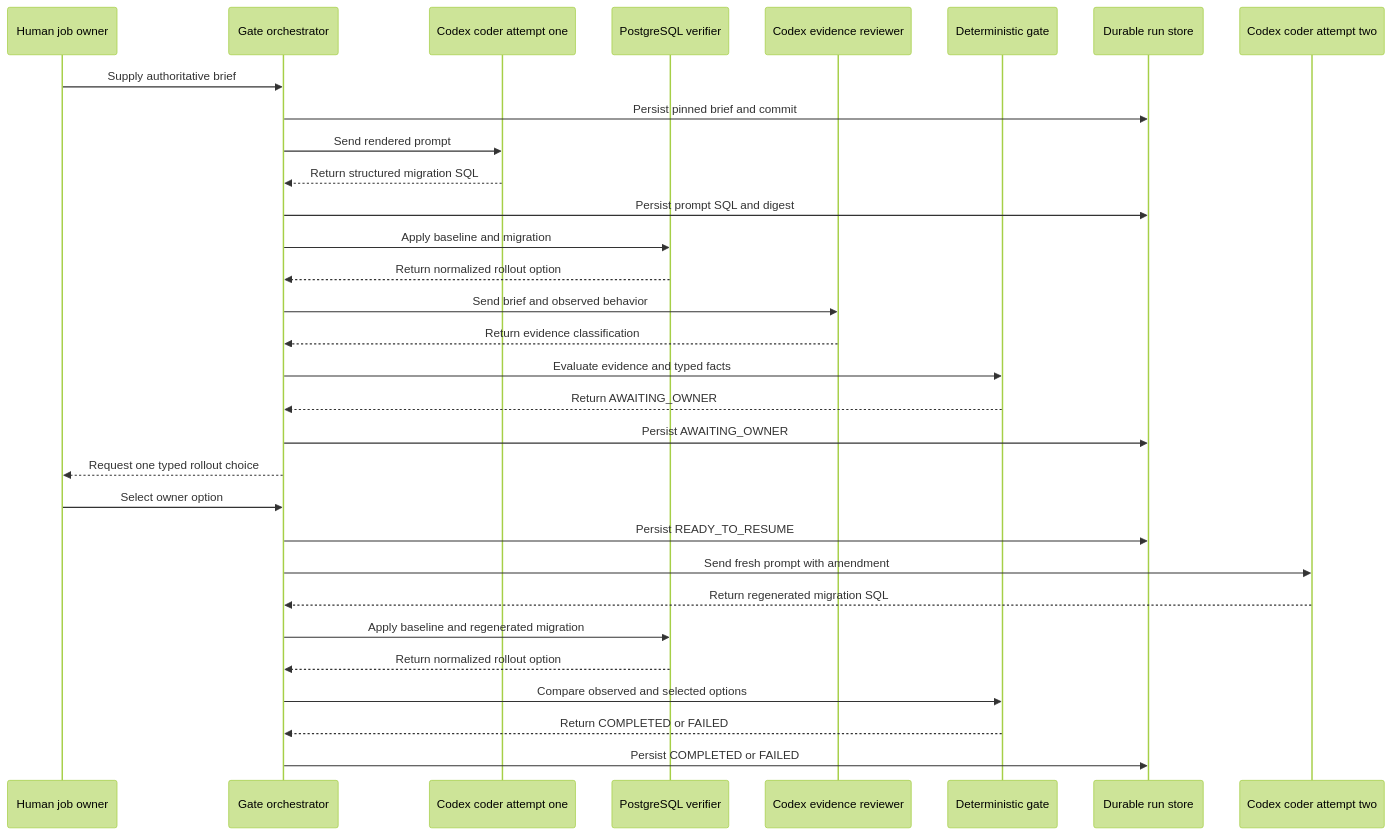
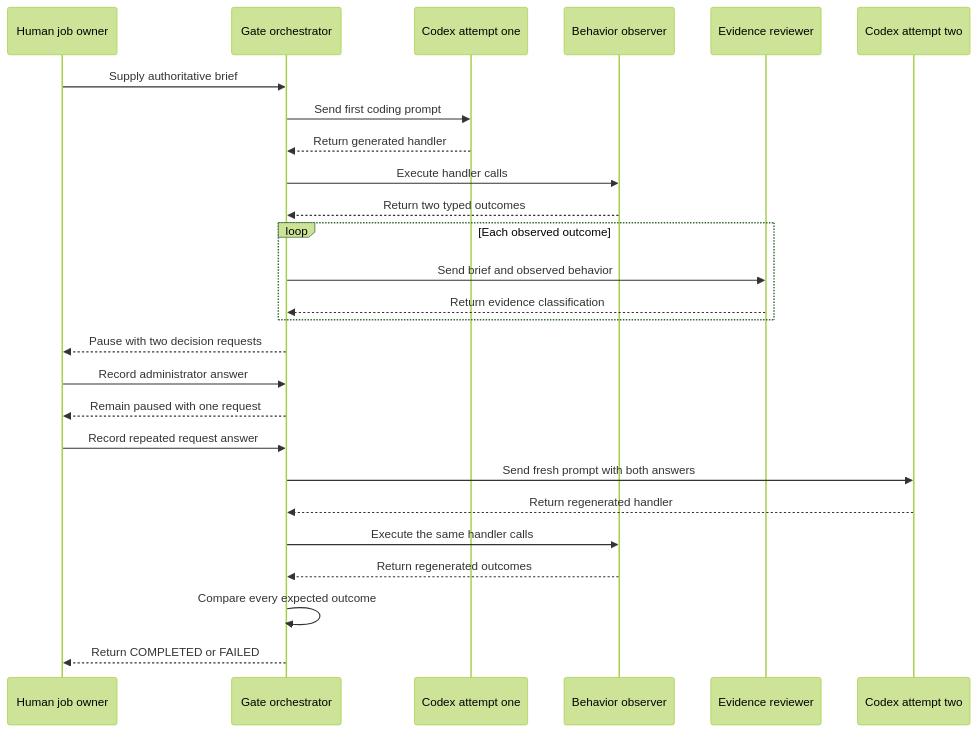
One commit to genesobolev/implicit-decision-gate changed the diagram in notebooks/assets/diagrams/lifecycle.mmd. Above: the diagram before and after it, drawn with Mermaid (forest theme). The commit also changed 7 other files, not shown here.

Commit message:
Focus walkthrough on decision gate value

```diff
--- a/notebooks/assets/diagrams/lifecycle.mmd
+++ b/notebooks/assets/diagrams/lifecycle.mmd
@@ -1,32 +1,27 @@
 sequenceDiagram
     participant O as Human job owner
     participant G as Gate orchestrator
-    participant C1 as Codex coder attempt one
-    participant P as PostgreSQL verifier
-    participant R as Codex evidence reviewer
-    participant D as Deterministic gate
-    participant S as Durable run store
-    participant C2 as Codex coder attempt two
+    participant C1 as Codex attempt one
+    participant P as Behavior observer
+    participant R as Evidence reviewer
+    participant C2 as Codex attempt two
 
     O->>G: Supply authoritative brief
-    G->>S: Persist pinned brief and commit
-    G->>C1: Send rendered prompt
-    C1-->>G: Return structured migration SQL
-    G->>S: Persist prompt SQL and digest
-    G->>P: Apply baseline and migration
-    P-->>G: Return normalized rollout option
-    G->>R: Send brief and observed behavior
-    R-->>G: Return evidence classification
-    G->>D: Evaluate evidence and typed facts
-    D-->>G: Return AWAITING_OWNER
-    G->>S: Persist AWAITING_OWNER
-    G-->>O: Request one typed rollout choice
-    O->>G: Select owner option
-    G->>S: Persist READY_TO_RESUME
-    G->>C2: Send fresh prompt with amendment
-    C2-->>G: Return regenerated migration SQL
-    G->>P: Apply baseline and regenerated migration
-    P-->>G: Return normalized rollout option
-    G->>D: Compare observed and selected options
-    D-->>G: Return COMPLETED or FAILED
-    G->>S: Persist COMPLETED or FAILED
+    G->>C1: Send first coding prompt
+    C1-->>G: Return generated handler
+    G->>P: Execute handler calls
+    P-->>G: Return two typed outcomes
+    loop Each observed outcome
+        G->>R: Send brief and observed behavior
+        R-->>G: Return evidence classification
+    end
+    G-->>O: Pause with two decision requests
+    O->>G: Record administrator answer
+    G-->>O: Remain paused with one request
+    O->>G: Record repeated request answer
+    G->>C2: Send fresh prompt with both answers
+    C2-->>G: Return regenerated handler
+    G->>P: Execute the same handler calls
+    P-->>G: Return regenerated outcomes
+    G->>G: Compare every expected outcome
+    G-->>O: Return COMPLETED or FAILED
```
